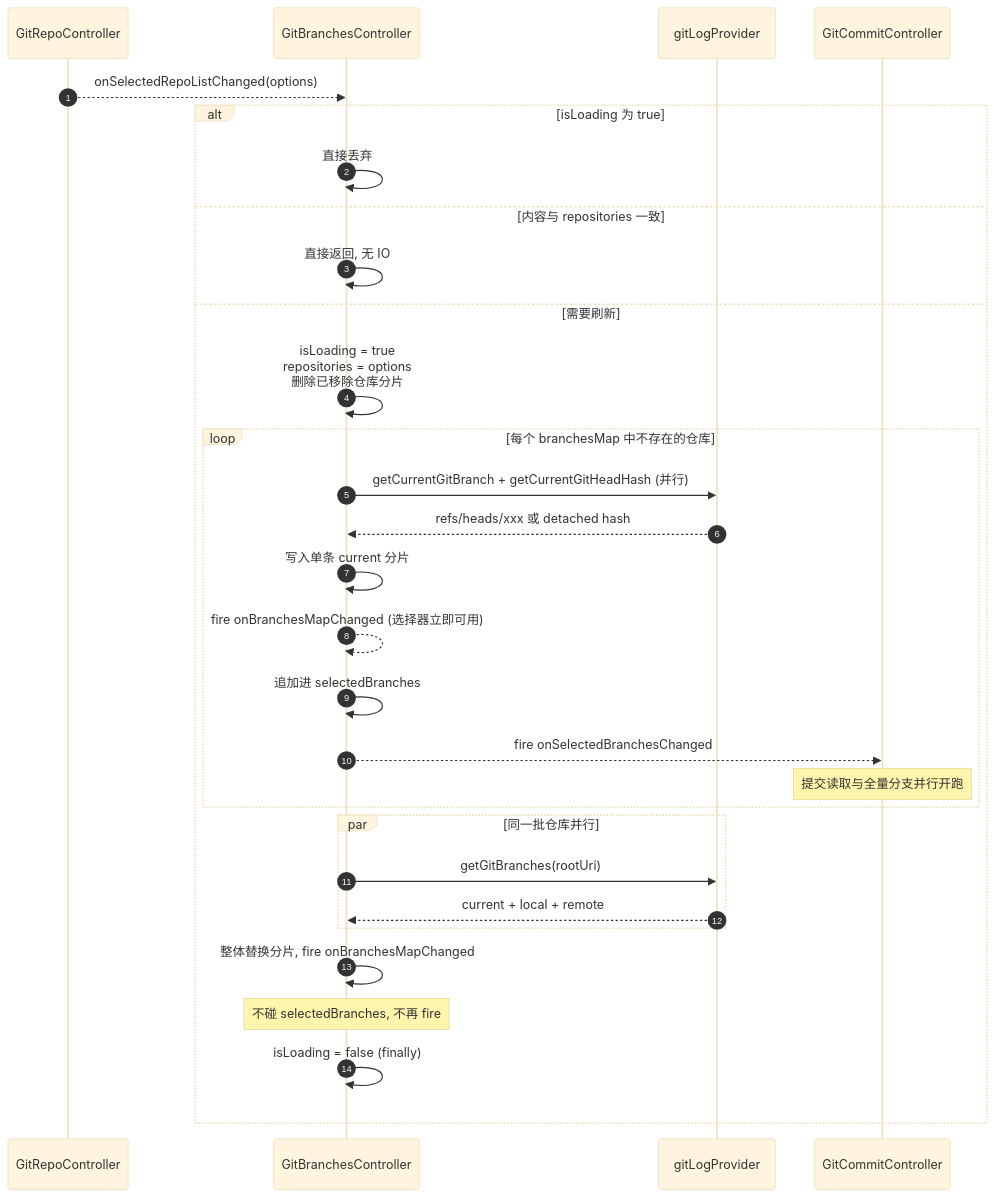
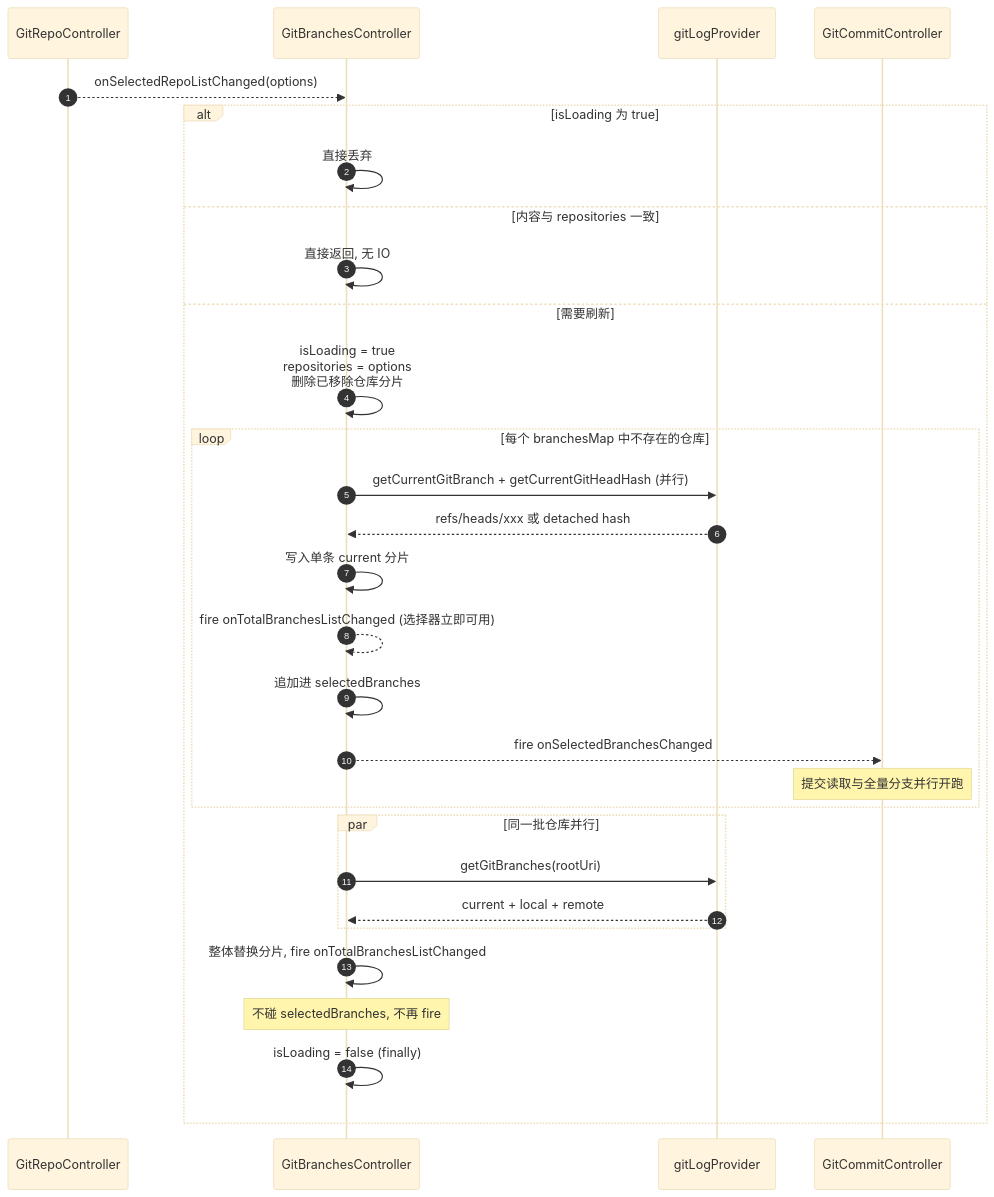
Before and after one commit to liangjunheng/vscode-gitk-pro: the fifth of 6 diagrams in doc/gitbranchscontroller.md, drawn with Mermaid (base theme). The commit also changed other lines of this file and 17 other files, not shown here.

````diff
--- a/doc/gitbranchscontroller.md
+++ b/doc/gitbranchscontroller.md
@@ -275,35 +275,35 @@
 ```mermaid
 sequenceDiagram
     autonumber
     participant Repo as GitRepoController
     participant Ctrl as GitBranchesController
     participant Git as gitLogProvider
     participant Commit as GitCommitController
 
     Repo-->>Ctrl: onSelectedRepoListChanged(options)
     alt isLoading 为 true
         Ctrl->>Ctrl: 直接丢弃
     else 内容与 repositories 一致
         Ctrl->>Ctrl: 直接返回, 无 IO
     else 需要刷新
         Ctrl->>Ctrl: isLoading = true<br/>repositories = options<br/>删除已移除仓库分片
 
         loop 每个 branchesMap 中不存在的仓库
             Ctrl->>Git: getCurrentGitBranch + getCurrentGitHeadHash (并行)
             Git-->>Ctrl: refs/heads/xxx 或 detached hash
             Ctrl->>Ctrl: 写入单条 current 分片
-            Ctrl-->>Ctrl: fire onBranchesMapChanged (选择器立即可用)
+            Ctrl-->>Ctrl: fire onTotalBranchesListChanged (选择器立即可用)
             Ctrl->>Ctrl: 追加进 selectedBranches
             Ctrl-->>Commit: fire onSelectedBranchesChanged
             Note over Commit: 提交读取与全量分支并行开跑
         end
 
         par 同一批仓库并行
             Ctrl->>Git: getGitBranches(rootUri)
             Git-->>Ctrl: current + local + remote
         end
-        Ctrl->>Ctrl: 整体替换分片, fire onBranchesMapChanged
+        Ctrl->>Ctrl: 整体替换分片, fire onTotalBranchesListChanged
         Note over Ctrl: 不碰 selectedBranches, 不再 fire
         Ctrl->>Ctrl: isLoading = false (finally)
     end
 ```
````
